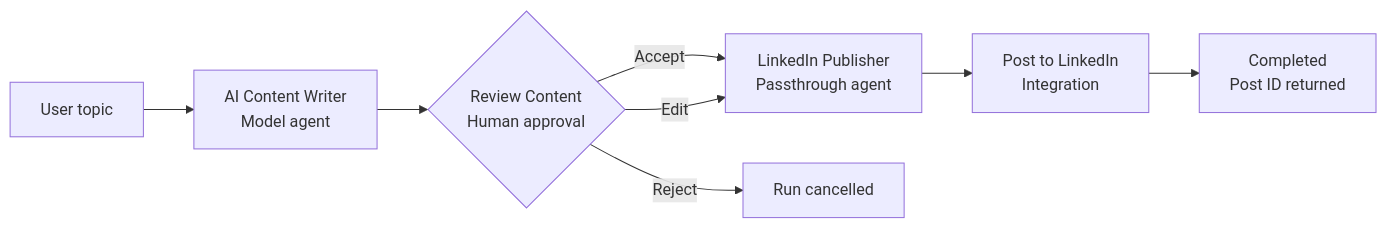
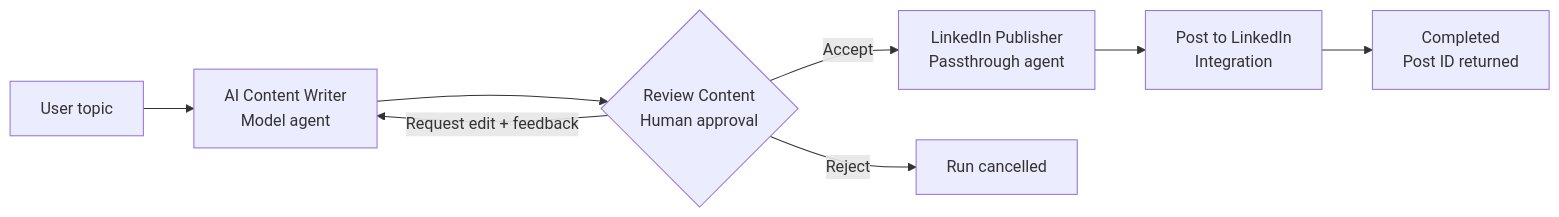
One commit to Bhbored/ArzlyAI changed the first of 3 diagrams in docs/presets/linkedin-preset.md. Above: the diagram before and after it, drawn with Mermaid. The commit also changed other lines of this file and 110 other files, not shown here.

````diff
--- a/docs/presets/linkedin-preset.md
+++ b/docs/presets/linkedin-preset.md
@@ -28,10 +32,10 @@
 ```mermaid
 flowchart LR
     Topic["User topic"] --> Writer["AI Content Writer<br/>Model agent"]
     Writer --> Review{"Review Content<br/>Human approval"}
     Review -->|Accept| Publisher["LinkedIn Publisher<br/>Passthrough agent"]
-    Review -->|Edit| Publisher
+    Review -->|Request edit + feedback| Writer
     Review -->|Reject| Cancelled["Run cancelled"]
     Publisher --> LinkedIn["Post to LinkedIn<br/>Integration"]
     LinkedIn --> Done["Completed<br/>Post ID returned"]
 ```
````
